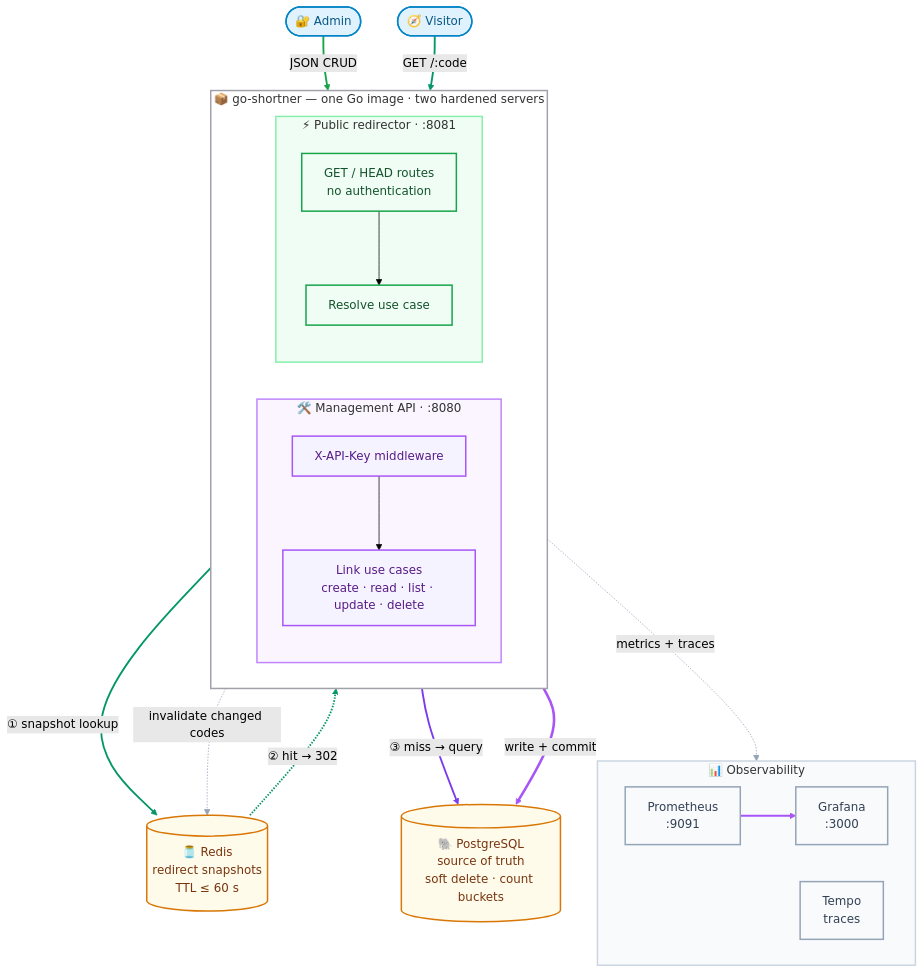
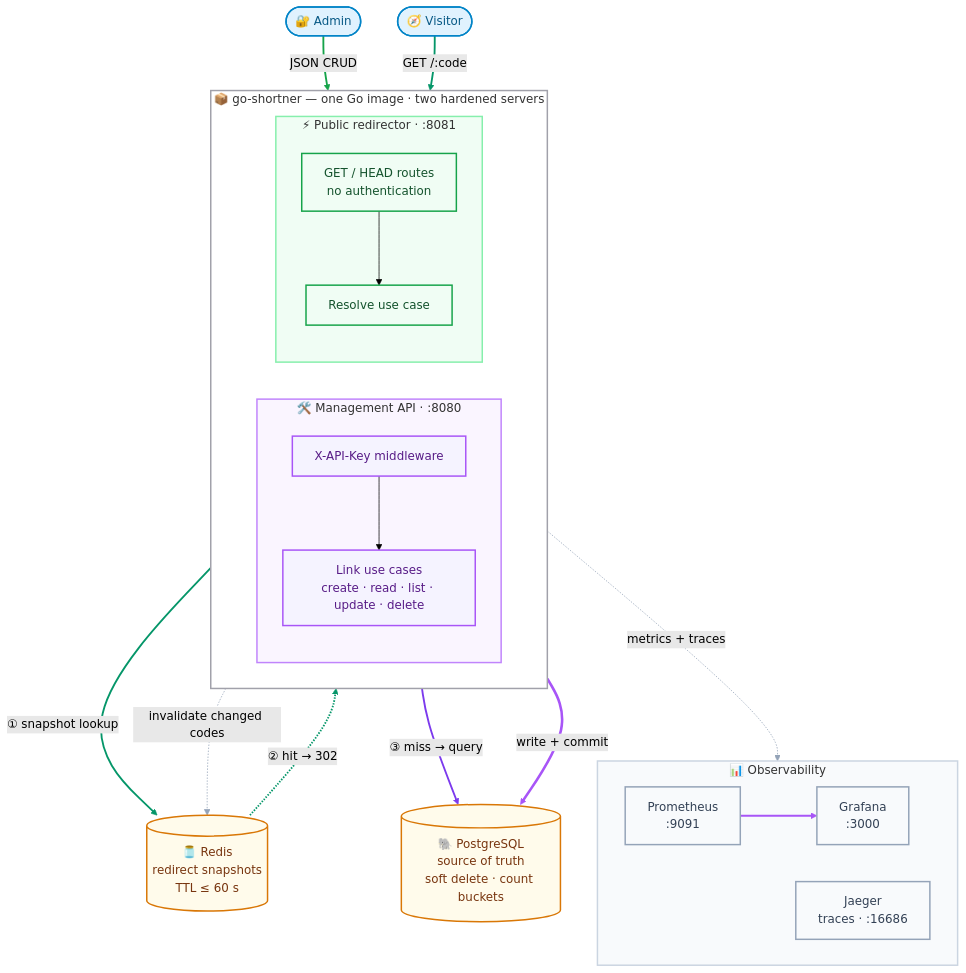
The first of 2 diagrams in README.md (cristiano-pacheco/go-shortner), drawn with Mermaid (forest theme) before and after one commit. The commit also changed other lines of this file and 13 other files, not shown here.

First line of the commit message:
feat(observability): replace tempo with jaeger

````diff
--- a/README.md
+++ b/README.md
@@ -9,76 +9,76 @@
 ```mermaid
 flowchart TB
     %% ══════════════════════ clients ══════════════════════
     ADMIN(["🔐 Admin"])
     VISITOR(["🧭 Visitor"])
 
     %% ══════════════════════ the app ══════════════════════
     subgraph APP["📦 go-shortner — one Go image · two hardened servers"]
         direction LR
 
         subgraph MGMT["🛠️ Management API · :8080"]
             direction TB
             MGW["X-API-Key middleware"]
             MUC["Link use cases<br>create · read · list · update · delete"]
             MGW --> MUC
         end
 
         subgraph PUB["⚡ Public redirector · :8081"]
             direction TB
             PR["GET / HEAD routes<br>no authentication"]
             RUC["Resolve use case"]
             PR --> RUC
         end
     end
 
     %% ══════════════════════ state ══════════════════════
     REDIS[("🫙 Redis<br>redirect snapshots<br>TTL ≤ 60 s")]
     PG[("🐘 PostgreSQL<br>source of truth<br>soft delete · count buckets")]
 
     %% ══════════════════════ watching ══════════════════════
     subgraph OBS["📊 Observability"]
         direction LR
         PROM["Prometheus<br>:9091"]
         GRAF["Grafana<br>:3000"]
-        TEMPO["Tempo<br>traces"]
+        JAEGER["Jaeger<br>traces · :16686"]
         PROM --> GRAF
     end
 
     %% ══════════════════════ wiring ══════════════════════
     ADMIN ==>|"JSON CRUD"| MGW
     VISITOR ==>|"GET /:code"| PR
 
     RUC -->|"① snapshot lookup"| REDIS
     REDIS -.->|"② hit → 302"| RUC
     RUC -->|"③ miss → query"| PG
 
     MUC ==>|"write + commit"| PG
     MUC -.->|"invalidate changed codes"| REDIS
 
     APP -.->|"metrics + traces"| OBS
 
     %% ══════════════════════ make it pretty ══════════════════════
     classDef client fill:#e0f2fe,stroke:#0284c7,stroke-width:2px,color:#075985
     classDef mgmt fill:#f5f3ff,stroke:#a855f7,stroke-width:2px,color:#581c87
     classDef pub fill:#f0fdf4,stroke:#16a34a,stroke-width:2px,color:#14532d
     classDef data fill:#fffbeb,stroke:#d97706,stroke-width:2px,color:#78350f
     classDef obs fill:#f8fafc,stroke:#94a3b8,stroke-width:2px,color:#334155
 
     class ADMIN,VISITOR client
     class MGW,MUC mgmt
     class PR,RUC pub
     class REDIS,PG data
-    class PROM,GRAF,TEMPO obs
+    class PROM,GRAF,JAEGER obs
 
     style APP fill:#ffffff,stroke:#a1a1aa,stroke-width:2px
     style MGMT fill:#faf5ff,stroke:#c084fc,stroke-width:2px
     style PUB fill:#f0fdf4,stroke:#86efac,stroke-width:2px
     style OBS fill:#f8fafc,stroke:#cbd5e1,stroke-width:2px
 
     linkStyle 2 stroke:#a855f7,stroke-width:2.5px
     linkStyle 3 stroke:#16a34a,stroke-width:2.5px
     linkStyle 4,5,6 stroke:#059669,stroke-width:2.5px
     linkStyle 7 stroke:#7c3aed,stroke-width:2.5px
     linkStyle 8 stroke:#a855f7
     linkStyle 9,10 stroke:#94a3b8
 ```
````
